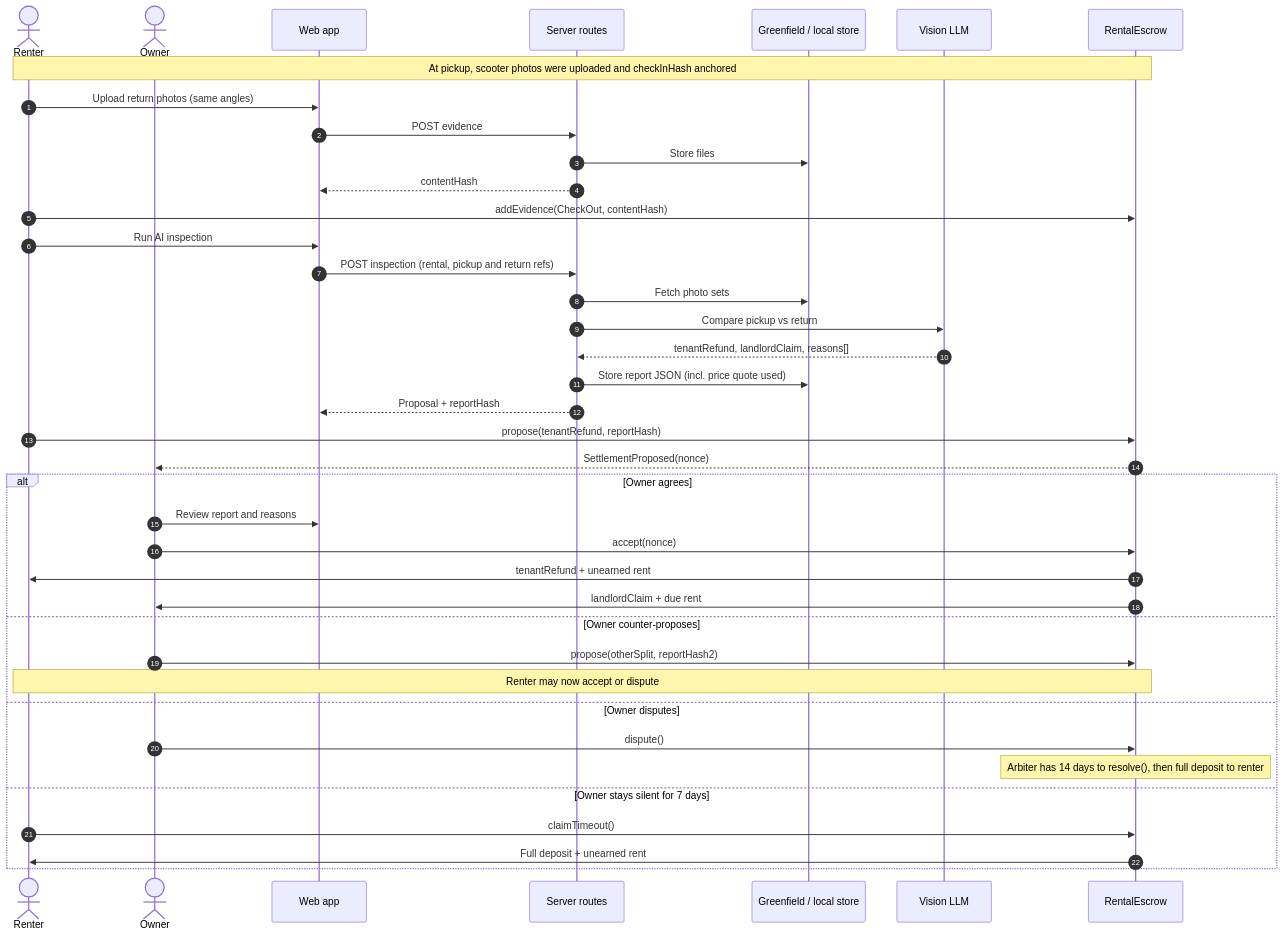
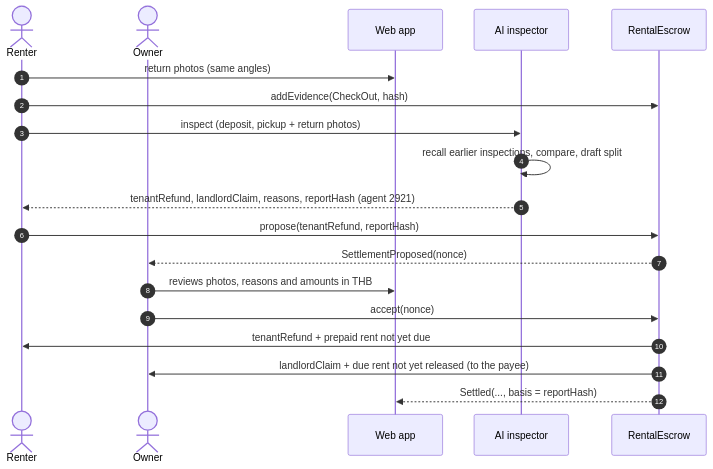
One commit to midego1/bnb-hackathon changed the tenth of 12 diagrams in docs/ARCHITECTURE.md. Above: the diagram before and after it, drawn with Mermaid. The commit also changed other lines of this file, not shown here.

Commit message:
docs/ARCHITECTURE: system, contracts, web shell, demo runner, action layer, agent and Cloudflare diagrams; funding, settlement, dispute and timeout flows

````diff
--- a/docs/ARCHITECTURE.md
+++ b/docs/ARCHITECTURE.md
@@ -196,42 +391,21 @@
 ```mermaid
 sequenceDiagram
     autonumber
-    actor T as Renter
-    actor L as Owner
+    actor R as Renter
+    actor O as Owner
     participant W as Web app
-    participant API as Server routes
-    participant S as Greenfield / local store
-    participant M as Vision LLM
+    participant AI as AI inspector
     participant E as RentalEscrow
-
-    Note over T,E: At pickup, scooter photos were uploaded and checkInHash anchored
-    T->>W: Upload return photos (same angles)
-    W->>API: POST evidence
-    API->>S: Store files
-    API-->>W: contentHash
-    T->>E: addEvidence(CheckOut, contentHash)
-    T->>W: Run AI inspection
-    W->>API: POST inspection (rental, pickup and return refs)
-    API->>S: Fetch photo sets
-    API->>M: Compare pickup vs return
-    M-->>API: tenantRefund, landlordClaim, reasons[]
-    API->>S: Store report JSON (incl. price quote used)
-    API-->>W: Proposal + reportHash
-    T->>E: propose(tenantRefund, reportHash)
-    E-->>L: SettlementProposed(nonce)
-    alt Owner agrees
-        L->>W: Review report and reasons
-        L->>E: accept(nonce)
-        E->>T: tenantRefund + unearned rent
-        E->>L: landlordClaim + due rent
-    else Owner counter-proposes
-        L->>E: propose(otherSplit, reportHash2)
-        Note over T,E: Renter may now accept or dispute
-    else Owner disputes
-        L->>E: dispute()
-        Note over E: Arbiter has 14 days to resolve(), then full deposit to renter
-    else Owner stays silent for 7 days
-        T->>E: claimTimeout()
-        E->>T: Full deposit + unearned rent
-    end
+    R->>W: return photos (same angles)
+    R->>E: addEvidence(CheckOut, hash)
+    R->>AI: inspect (deposit, pickup + return photos)
+    AI->>AI: recall earlier inspections, compare, draft split
+    AI-->>R: tenantRefund, landlordClaim, reasons, reportHash (agent 2921)
+    R->>E: propose(tenantRefund, reportHash)
+    E-->>O: SettlementProposed(nonce)
+    O->>W: reviews photos, reasons and amounts in THB
+    O->>E: accept(nonce)
+    E->>R: tenantRefund + prepaid rent not yet due
+    E->>O: landlordClaim + due rent not yet released (to the payee)
+    E-->>W: Settled(..., basis = reportHash)
 ```
````
